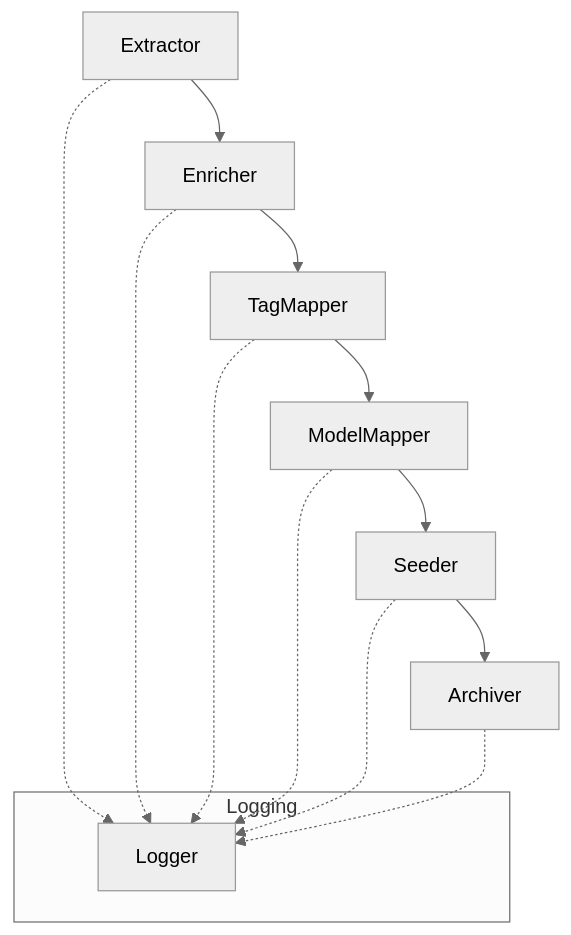
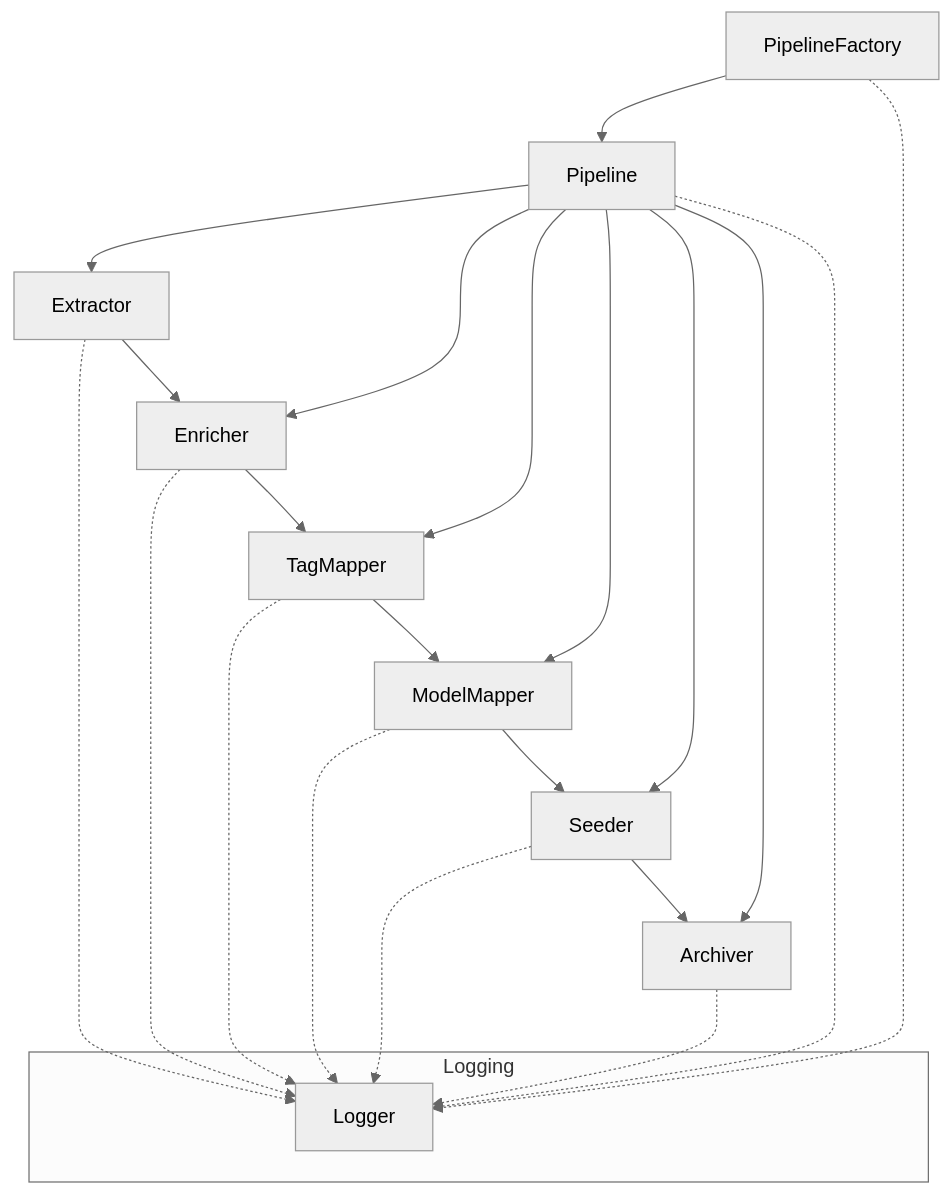
Before and after one commit to ibrhmahmd/Seeding-AI-Models-PipeLine: the diagram in memory-bank/systemPatterns.md, drawn with Mermaid (neutral theme). The commit also changed other lines of this file and 12 other files, not shown here.

````diff
--- a/memory-bank/systemPatterns.md
+++ b/memory-bank/systemPatterns.md
@@ -26,17 +29,26 @@
 ```mermaid
 graph TD
     A[Extractor] --> B[Enricher]
     B --> C[TagMapper]
     C --> D[ModelMapper]
     D --> E[Seeder]
     E --> F[Archiver]
+    PF[PipelineFactory] --> P[Pipeline]
+    P --> A
+    P --> B
+    P --> C
+    P --> D
+    P --> E
+    P --> F
     subgraph Logging
       L[Logger]
     end
     A -.-> L
     B -.-> L
     C -.-> L
     D -.-> L
     E -.-> L
     F -.-> L
+    P -.-> L
+    PF -.-> L
 ```
````
